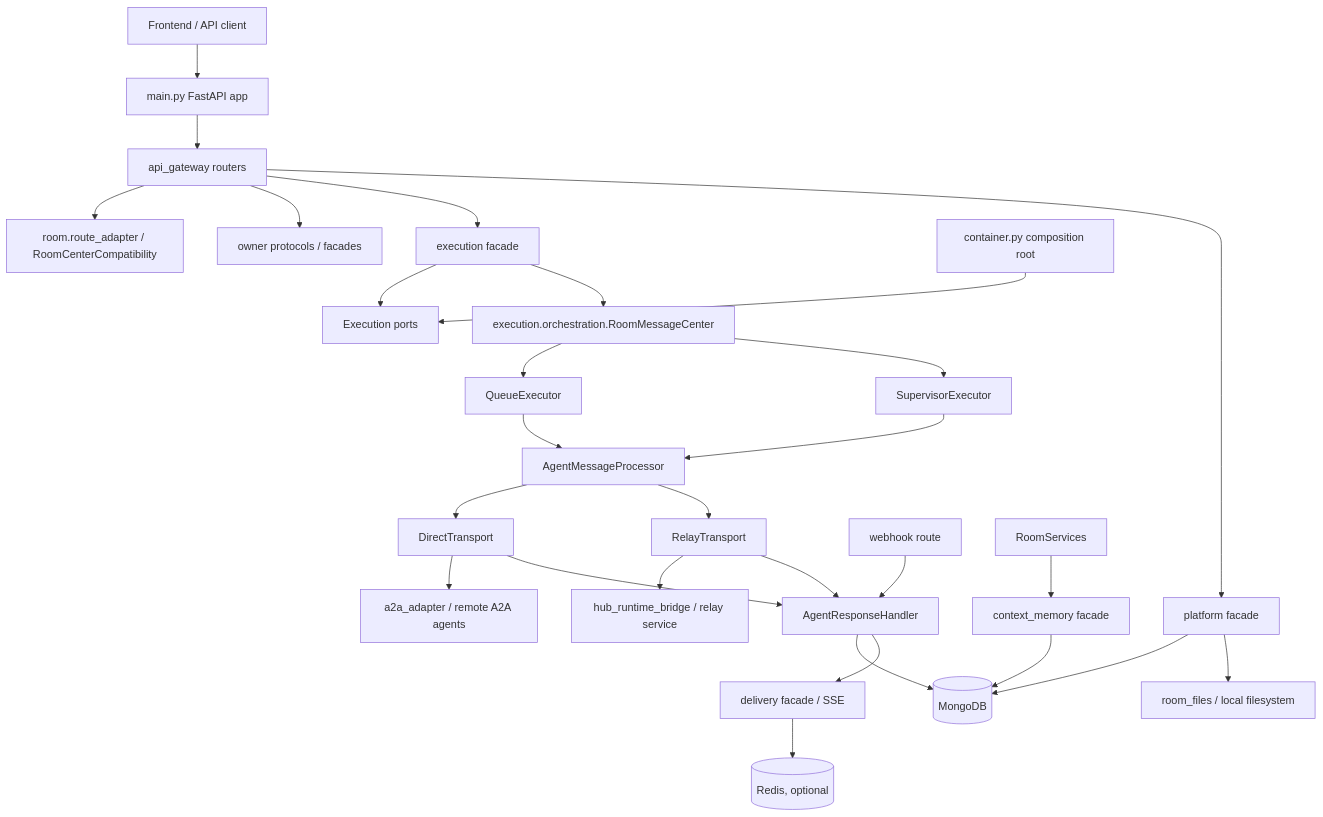
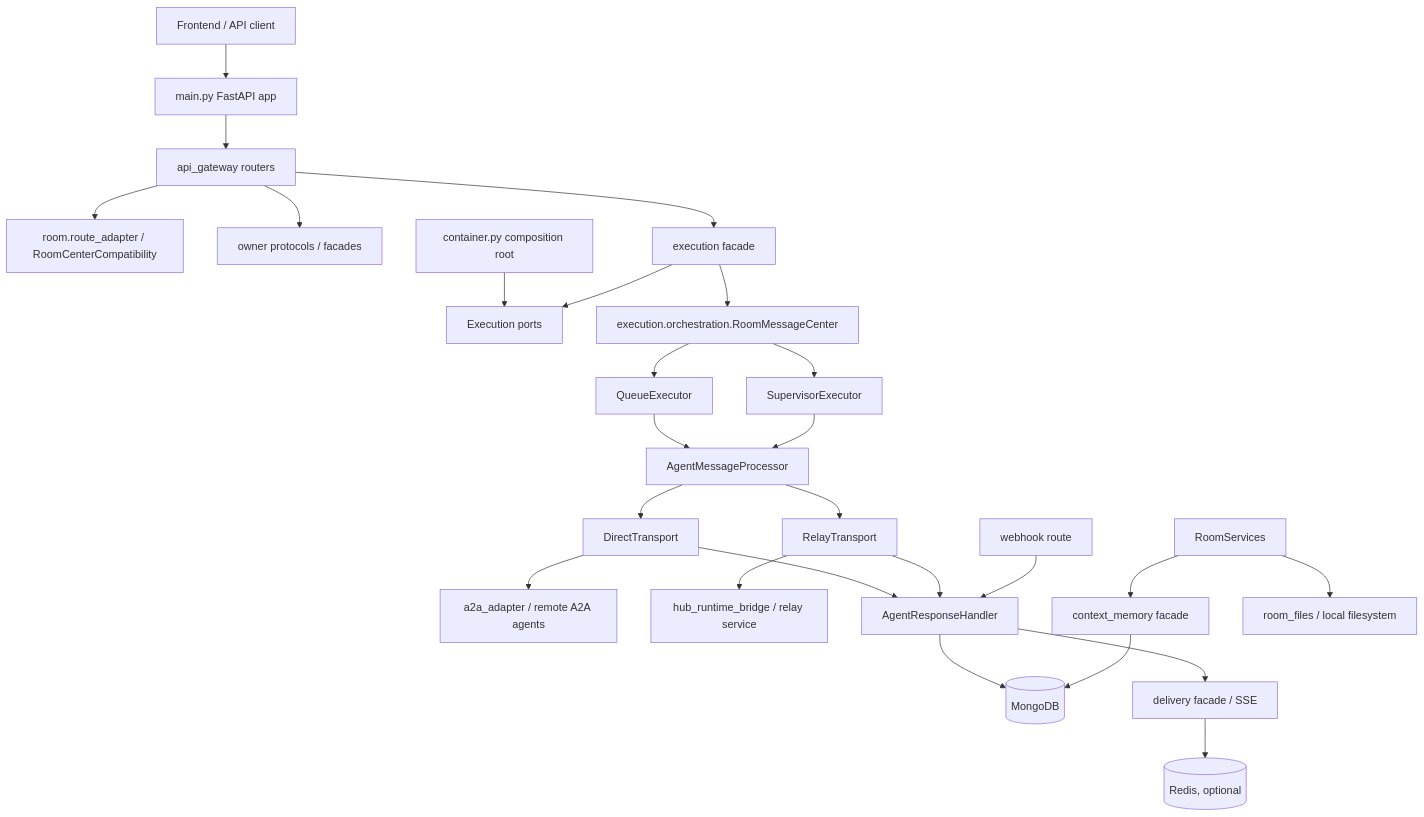
One commit to JeromeOvO/hybro changed the diagram in backend/docs/System-Architecture.md. Above: the diagram before and after it, drawn with Mermaid. The commit also changed other lines of this file and 54 other files, not shown here.

````diff
--- a/backend/docs/System-Architecture.md
+++ b/backend/docs/System-Architecture.md
@@ -25,34 +24,32 @@
 ```mermaid
 flowchart TD
     Client[Frontend / API client] --> FastAPI[main.py FastAPI app]
     FastAPI --> APIGateway[api_gateway routers]
     APIGateway --> RoomRoutes[room.route_adapter / RoomCenterCompatibility]
     APIGateway --> OwnerPorts[owner protocols / facades]
     APIGateway --> Execution[execution facade]
-    APIGateway --> Platform[platform facade]
 
     Container[container.py composition root] --> ExecutionPorts[Execution ports]
     Execution --> ExecutionPorts
     Execution --> RoomMessageCenter[execution.orchestration.RoomMessageCenter]
     RoomMessageCenter --> QueueExecutor[QueueExecutor]
     RoomMessageCenter --> SupervisorExecutor[SupervisorExecutor]
     QueueExecutor --> AgentMessageProcessor[AgentMessageProcessor]
     SupervisorExecutor --> AgentMessageProcessor
 
     AgentMessageProcessor --> DirectTransport[DirectTransport]
     AgentMessageProcessor --> RelayTransport[RelayTransport]
     DirectTransport --> A2A[a2a_adapter / remote A2A agents]
     RelayTransport --> HubRelay[hub_runtime_bridge / relay service]
 
     DirectTransport --> ResponseHandler[AgentResponseHandler]
     RelayTransport --> ResponseHandler
     Webhook[webhook route] --> ResponseHandler
 
     ResponseHandler --> Mongo[(MongoDB)]
     ResponseHandler --> Delivery[delivery facade / SSE]
     RoomServices --> ContextMemory[context_memory facade]
-    Platform --> Mongo
-    Platform --> RoomFiles[room_files / local filesystem]
+    RoomServices --> RoomFiles[room_files / local filesystem]
     ContextMemory --> Mongo
     Delivery --> Redis[(Redis, optional)]
 ```
````
